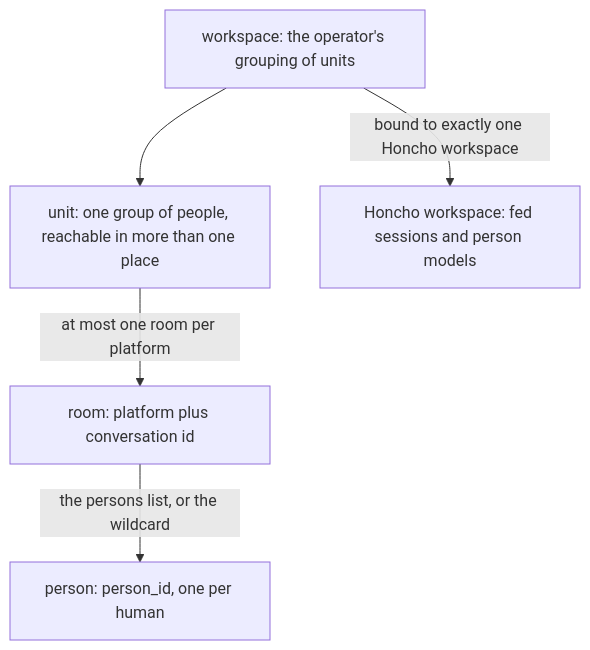
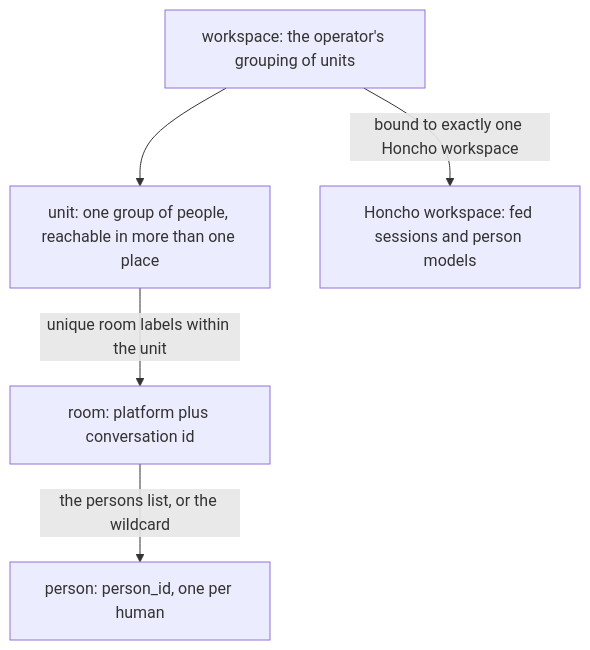
Before and after one commit to mikeng-io/nora: the second of 2 diagrams in openwiki/architecture/state-and-scopes.md, drawn with Mermaid. The commit also changed other lines of this file and 23 other files, not shown here.

First line of the commit message:
change(policy): a unit may hold two rooms on one platform

````diff
--- a/openwiki/architecture/state-and-scopes.md
+++ b/openwiki/architecture/state-and-scopes.md
@@ -445,11 +445,11 @@
 ```mermaid
 flowchart TD
   W["workspace: the operator's grouping of units"]
   U["unit: one group of people, reachable in more than one place"]
   R["room: platform plus conversation id"]
   P["person: person_id, one per human"]
   W -->|bound to exactly one Honcho workspace| H["Honcho workspace: fed sessions and person models"]
   W --> U
-  U -->|at most one room per platform| R
+  U -->|unique room labels within the unit| R
   R -->|the persons list, or the wildcard| P
 ```
````
